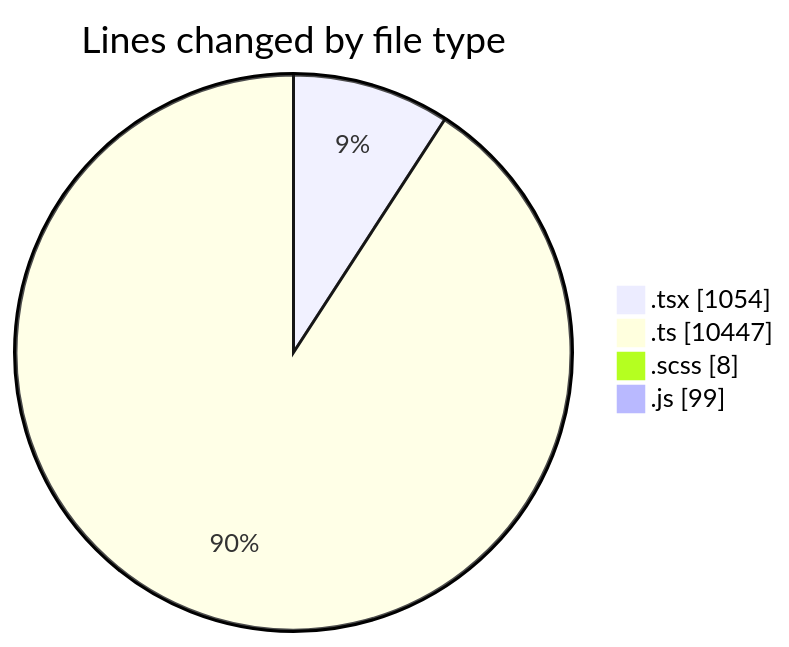
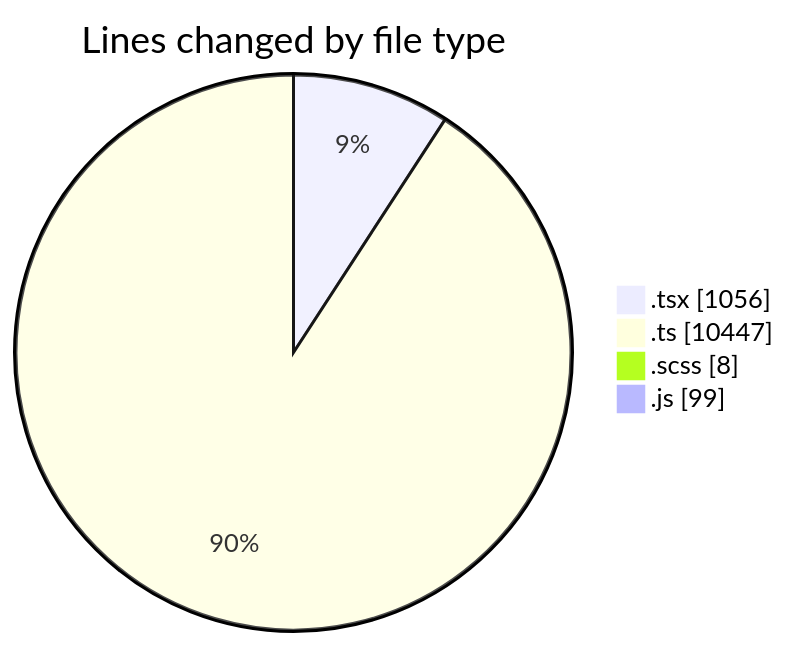
One commit to momahboobian/code-tracking changed the first of 2 diagrams in 2025-03-26/cda/README.md. Above: the diagram before and after it, drawn with Mermaid. The commit also changed other lines of this file and 1 other file, not shown here.

````diff
--- a/2025-03-26/cda/README.md
+++ b/2025-03-26/cda/README.md
@@ -41,8 +41,8 @@
 ```mermaid
 pie showData
 title Lines changed by file type
-".tsx" : 1054
+".tsx" : 1056
 ".ts" : 10447
 ".scss" : 8
 ".js" : 99
 ```
````
